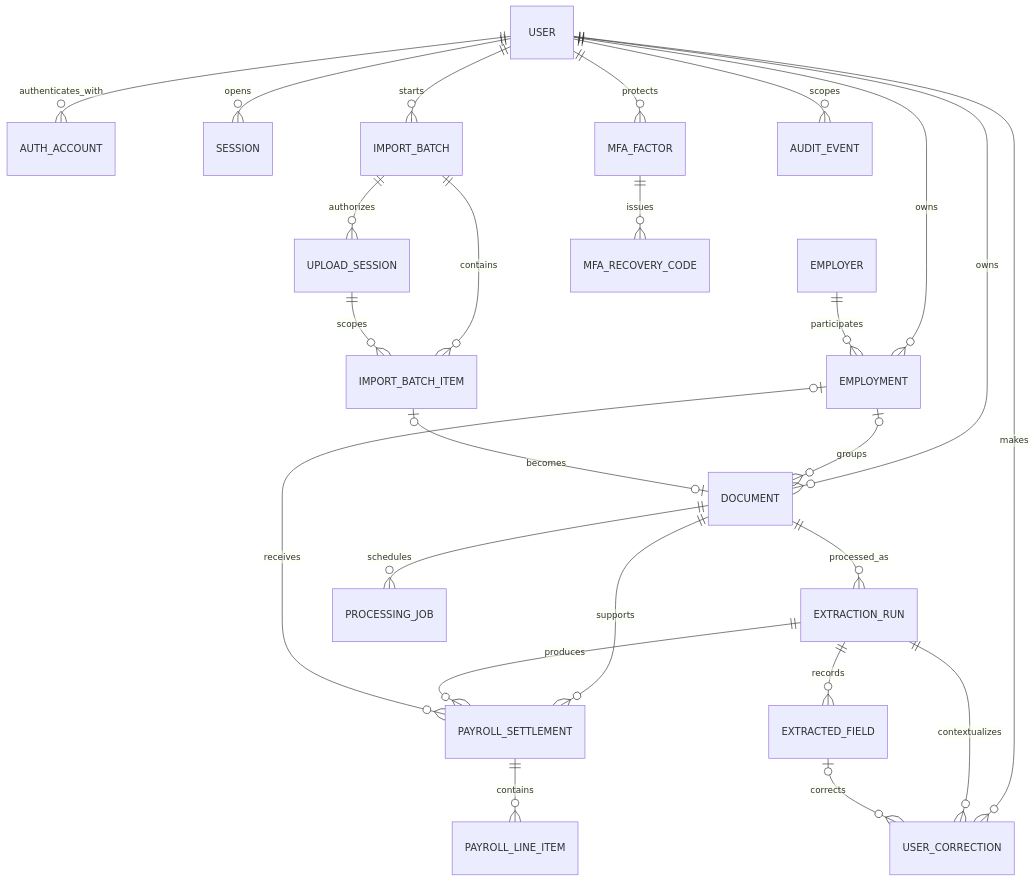
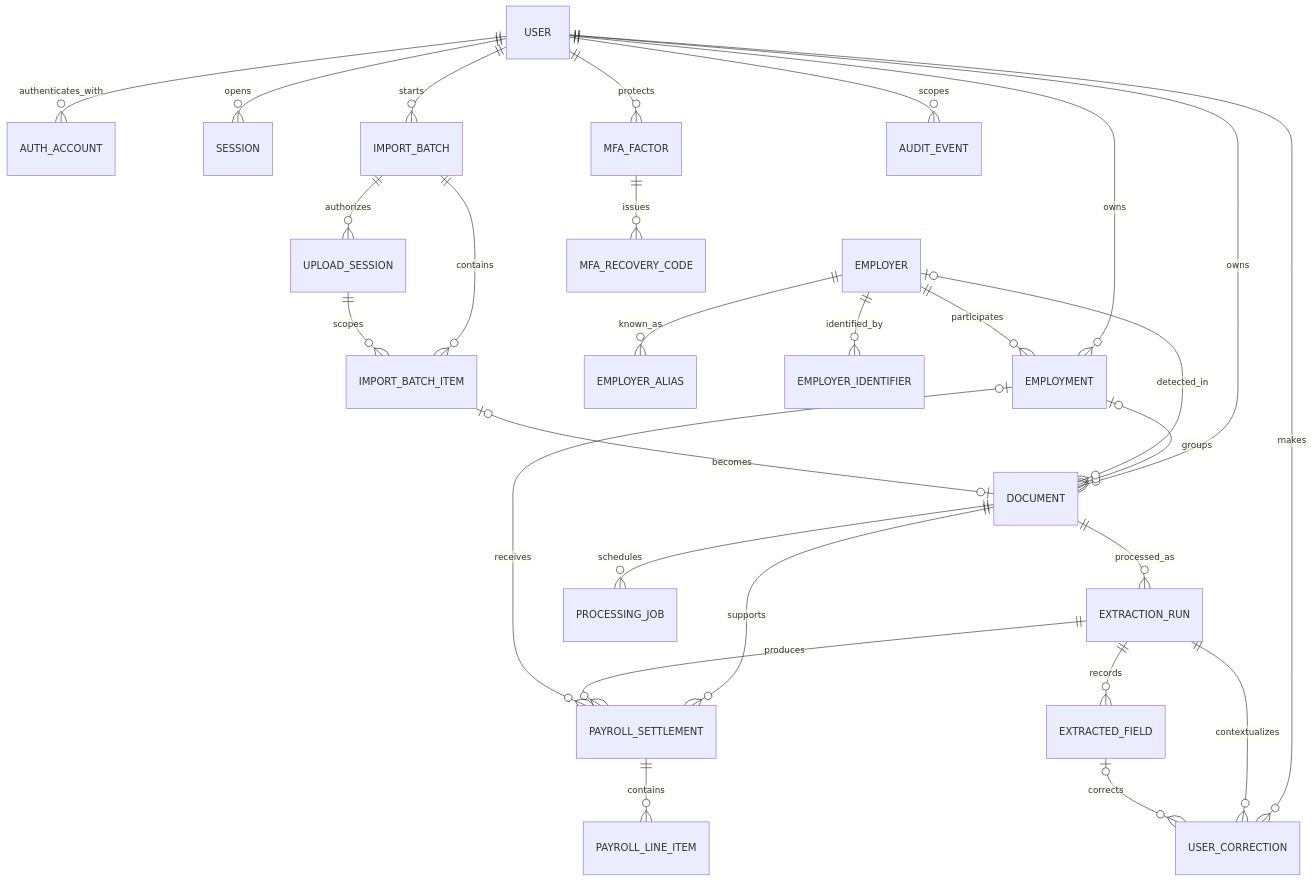
The diagram in docs/architecture/domain-model.md (SebastianMacaya/Salarivo), drawn with Mermaid before and after one commit. The commit also changed other lines of this file and 35 other files, not shown here.

```diff
--- a/docs/architecture/domain-model.md
+++ b/docs/architecture/domain-model.md
@@ -16,27 +16,30 @@
 ~~~mermaid
 erDiagram
     USER ||--o{ AUTH_ACCOUNT : authenticates_with
     USER ||--o{ SESSION : opens
     USER ||--o{ EMPLOYMENT : owns
     EMPLOYER ||--o{ EMPLOYMENT : participates
+    EMPLOYER ||--o{ EMPLOYER_ALIAS : known_as
+    EMPLOYER ||--o{ EMPLOYER_IDENTIFIER : identified_by
     USER ||--o{ IMPORT_BATCH : starts
     IMPORT_BATCH ||--o{ IMPORT_BATCH_ITEM : contains
     IMPORT_BATCH ||--o{ UPLOAD_SESSION : authorizes
     UPLOAD_SESSION ||--o{ IMPORT_BATCH_ITEM : scopes
     USER ||--o{ DOCUMENT : owns
     EMPLOYMENT o|--o{ DOCUMENT : groups
+    EMPLOYER o|--o{ DOCUMENT : detected_in
     IMPORT_BATCH_ITEM o|--o| DOCUMENT : becomes
     DOCUMENT ||--o{ EXTRACTION_RUN : processed_as
     DOCUMENT ||--o{ PROCESSING_JOB : schedules
     DOCUMENT ||--o{ PAYROLL_SETTLEMENT : supports
     EXTRACTION_RUN ||--o{ PAYROLL_SETTLEMENT : produces
     EXTRACTION_RUN ||--o{ EXTRACTED_FIELD : records
     EMPLOYMENT o|--o{ PAYROLL_SETTLEMENT : receives
     PAYROLL_SETTLEMENT ||--o{ PAYROLL_LINE_ITEM : contains
     USER ||--o{ USER_CORRECTION : makes
     EXTRACTION_RUN ||--o{ USER_CORRECTION : contextualizes
     EXTRACTED_FIELD o|--o{ USER_CORRECTION : corrects
     USER ||--o{ MFA_FACTOR : protects
     MFA_FACTOR ||--o{ MFA_RECOVERY_CODE : issues
     USER ||--o{ AUDIT_EVENT : scopes
 ~~~
```
